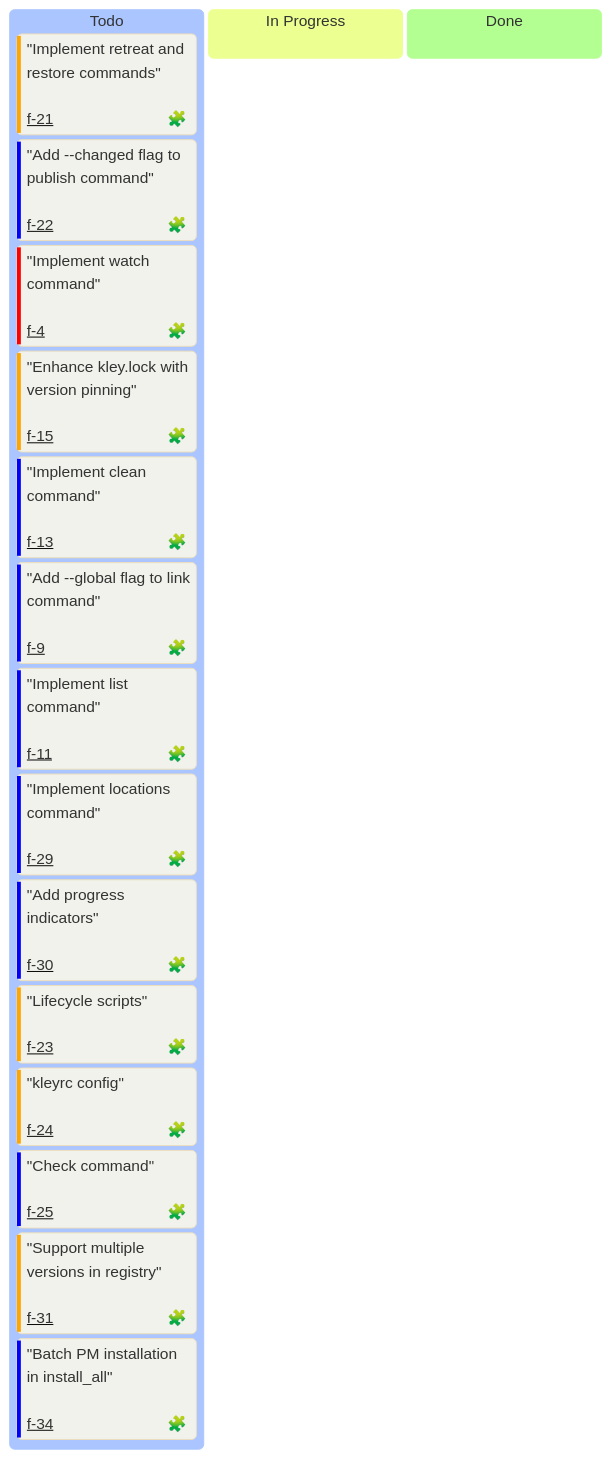
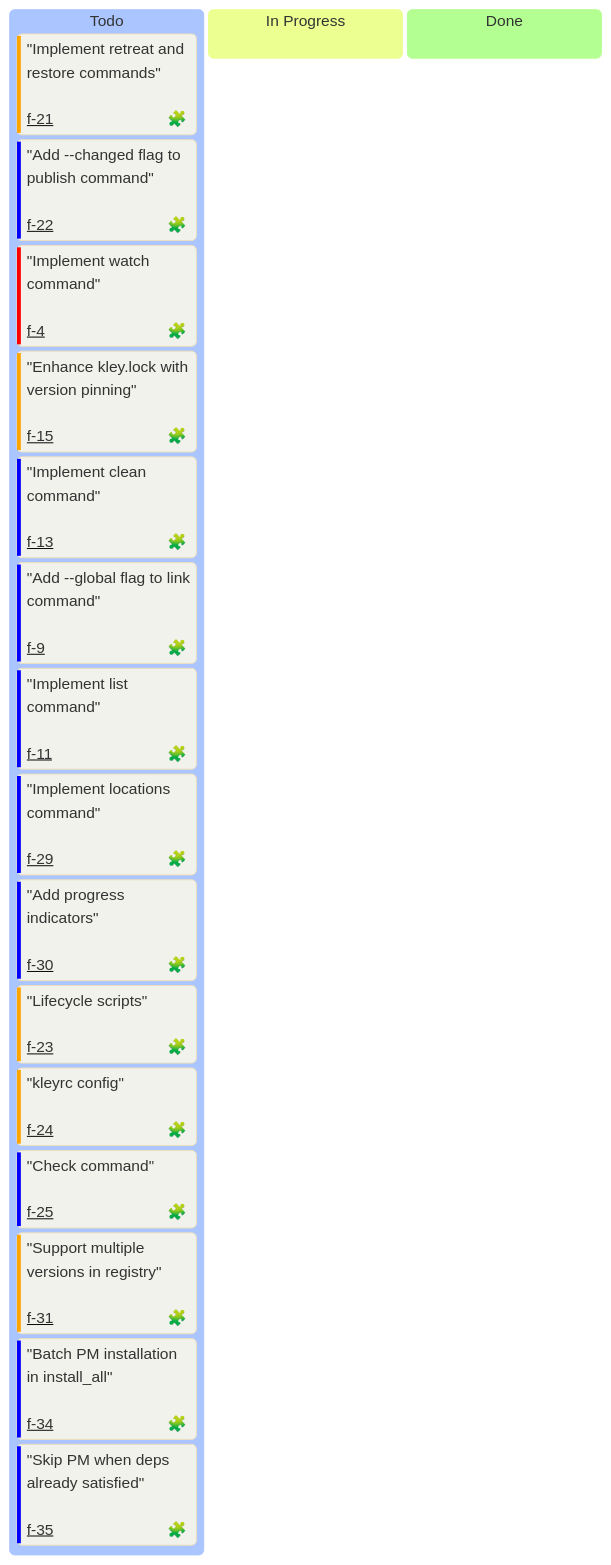
Before and after one commit to sumbad/kley: the diagram in docs/milestones/M2-extended.md, drawn with Mermaid. The commit also changed other lines of this file and 3 other files, not shown here.

````diff
--- a/docs/milestones/M2-extended.md
+++ b/docs/milestones/M2-extended.md
@@ -17,41 +17,42 @@
 ```mermaid
 ---
 config:
   kanban:
     ticketBaseUrl: 'https://github.com/sumbad/kley/tree/master/docs/tickets/#TICKET#.md'
     
     ### Legend
     # assigned - 🧩 = feat | 🐞 = bug
     # priority - `Very High` = Critical | `High` = High | `Low` = Medium | `Very Low` = Low
     # ticket - used for a ticket file name (tickets/#TICKET#.md)
 ---
 %%{init: {
   'theme': 'base',
   'themeVariables': {
     'darkMode': false,
     'background': '#F0F2EB'
   }
 }}%%
 
 kanban
     Todo
         "Implement retreat and restore commands"<br/><br/>@{ assigned: 🧩, priority: 'High', ticket: 'f-21' }
         "Add --changed flag to publish command"<br/><br/>@{ assigned: 🧩, priority: 'Low', ticket: 'f-22' }
         "Implement watch command"<br/><br/>@{ assigned: 🧩, priority: 'Very High', ticket: 'f-4' }
         "Enhance kley.lock with version pinning"<br/><br/>@{ assigned: 🧩, priority: 'High', ticket: 'f-15' }
         "Implement clean command"<br/><br/>@{ assigned: 🧩, priority: 'Low', ticket: 'f-13' }
         "Add --global flag to link command"<br/><br/>@{ assigned: 🧩, priority: 'Low', ticket: 'f-9' }
         "Implement list command"<br/><br/>@{ assigned: 🧩, priority: 'Low', ticket: 'f-11' }
         "Implement locations command"<br/><br/>@{ assigned: 🧩, priority: 'Low', ticket: 'f-29' }
         "Add progress indicators"<br/><br/>@{ assigned: 🧩, priority: 'Low', ticket: 'f-30' }
         "Lifecycle scripts"<br/><br/>@{ assigned: 🧩, priority: 'High', ticket: 'f-23' }
         "kleyrc config"<br/><br/>@{ assigned: 🧩, priority: 'High', ticket: 'f-24' }
         "Check command"<br/><br/>@{ assigned: 🧩, priority: 'Low', ticket: 'f-25' }
         "Support multiple versions in registry"<br/><br/>@{ assigned: 🧩, priority: 'High', ticket: 'f-31' }
         "Batch PM installation in install_all"<br/><br/>@{ assigned: 🧩, priority: 'Low', ticket: 'f-34' }
+        "Skip PM when deps already satisfied"<br/><br/>@{ assigned: 🧩, priority: 'Low', ticket: 'f-35' }
 
     In Progress
 
     Done
 
 ```
````
